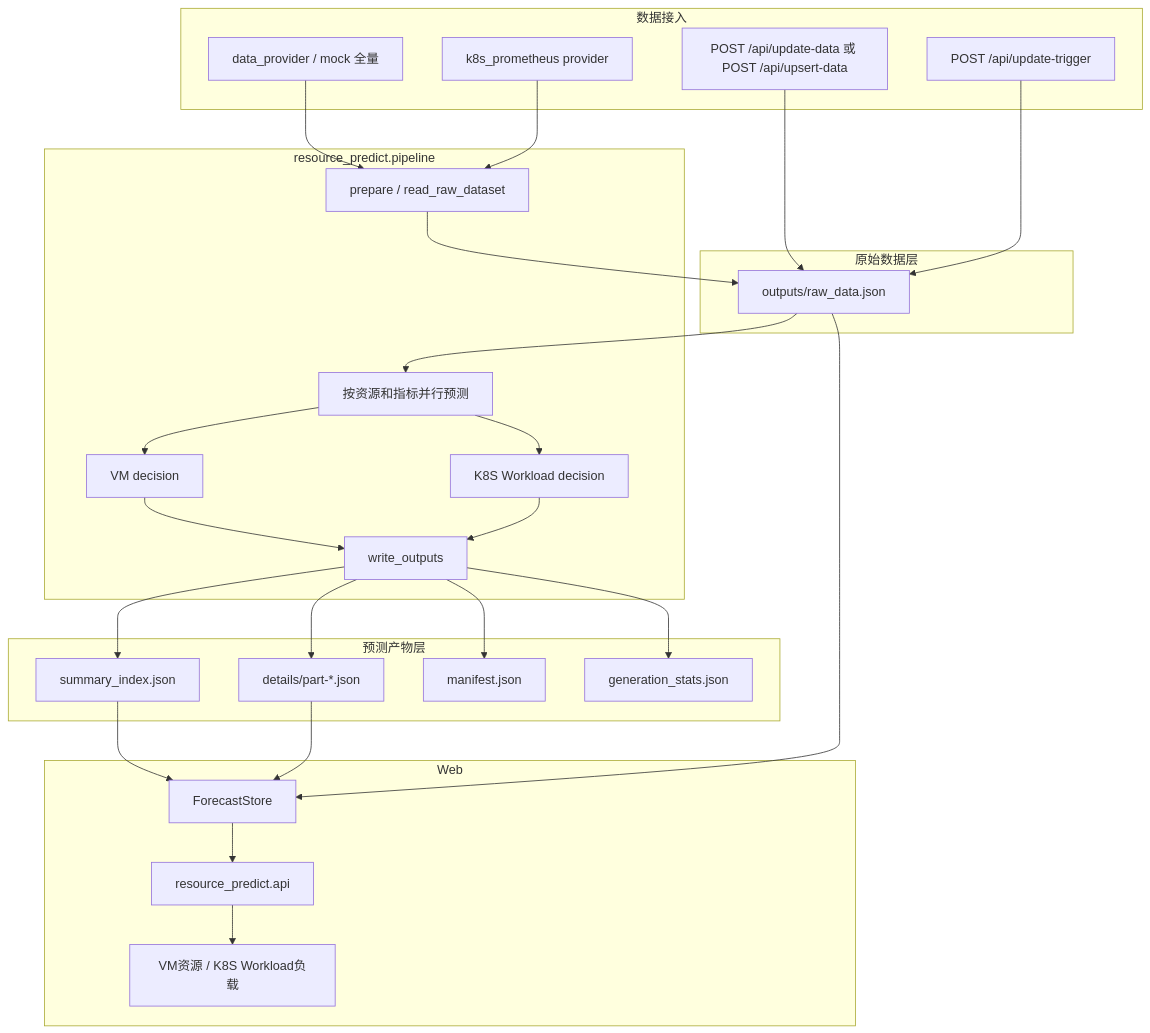
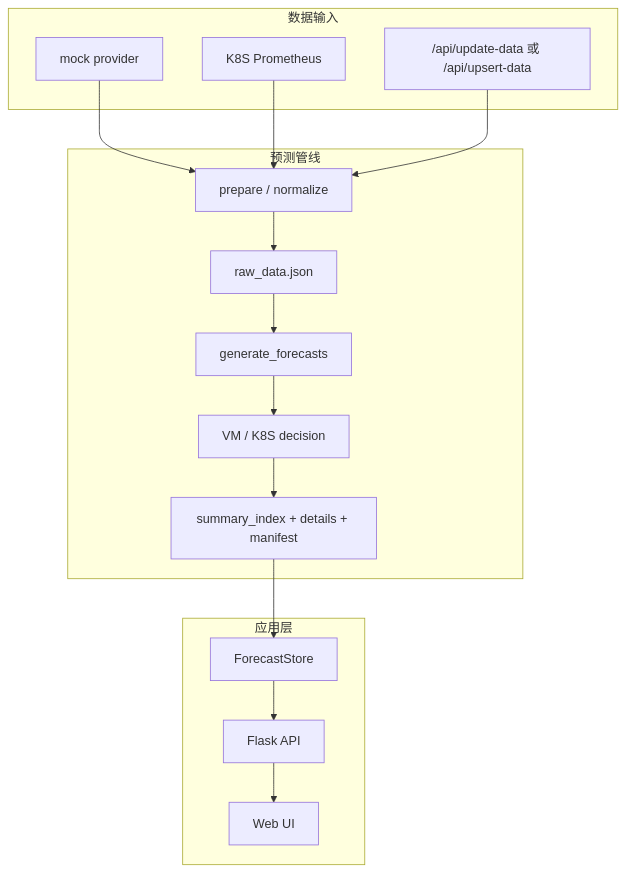
Before and after one commit to zorocui/resource_predict: the first of 4 diagrams in README.md, drawn with Mermaid. The commit also changed other lines of this file and 41 other files, not shown here.

````diff
--- a/README.md
+++ b/README.md
@@ -158,54 +99,33 @@
 ```mermaid
 flowchart TB
-    subgraph ingest [数据接入]
-        DP["data_provider / mock 全量"]
-        K8S["k8s_prometheus provider"]
-        Push["POST /api/update-data 或 POST /api/upsert-data"]
-        Pull["POST /api/update-trigger"]
+    subgraph Input["数据输入"]
+        Mock["mock provider"]
+        Prom["K8S Prometheus"]
+        Push["/api/update-data 或 /api/upsert-data"]
     end
 
-    subgraph store_raw [原始数据层]
-        Raw["outputs/raw_data.json"]
+    subgraph Pipeline["预测管线"]
+        Prep["prepare / normalize"]
+        Raw["raw_data.json"]
+        Forecast["generate_forecasts"]
+        Decision["VM / K8S decision"]
+        Outputs["summary_index + details + manifest"]
     end
 
-    subgraph pipeline [resource_predict.pipeline]
-        Prep["prepare / read_raw_dataset"]
-        Pred["按资源和指标并行预测"]
-        DecVM["VM decision"]
-        DecPod["K8S Workload decision"]
-        WOut["write_outputs"]
+    subgraph App["应用层"]
+        Store["ForecastStore"]
+        API["Flask API"]
+        UI["Web UI"]
     end
 
-    subgraph store_out [预测产物层]
-        Sum["summary_index.json"]
-        Det["details/part-*.json"]
-        Man["manifest.json"]
-        Stats["generation_stats.json"]
-    end
-
-    subgraph web [Web]
-        API["resource_predict.api"]
-        FS["ForecastStore"]
-        UI["VM资源 / K8S Workload负载"]
-    end
-
-    DP --> Prep
-    K8S --> Prep
-    Push --> Raw
-    Pull --> Raw
+    Mock --> Prep
+    Prom --> Prep
+    Push --> Prep
     Prep --> Raw
-    Raw --> Pred
-    Pred --> DecVM
-    Pred --> DecPod
-    DecVM --> WOut
-    DecPod --> WOut
-    WOut --> Sum
-    WOut --> Det
-    WOut --> Man
-    WOut --> Stats
-    Sum --> FS
-    Det --> FS
-    Raw --> FS
-    FS --> API
+    Raw --> Forecast
+    Forecast --> Decision
+    Decision --> Outputs
+    Outputs --> Store
+    Store --> API
     API --> UI
 ```
````
